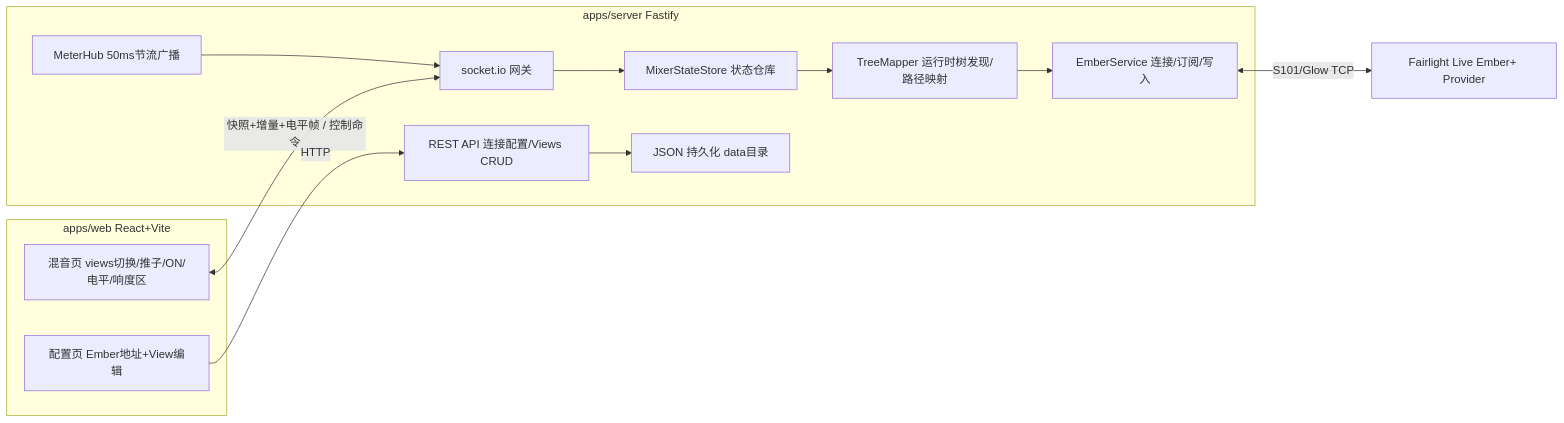
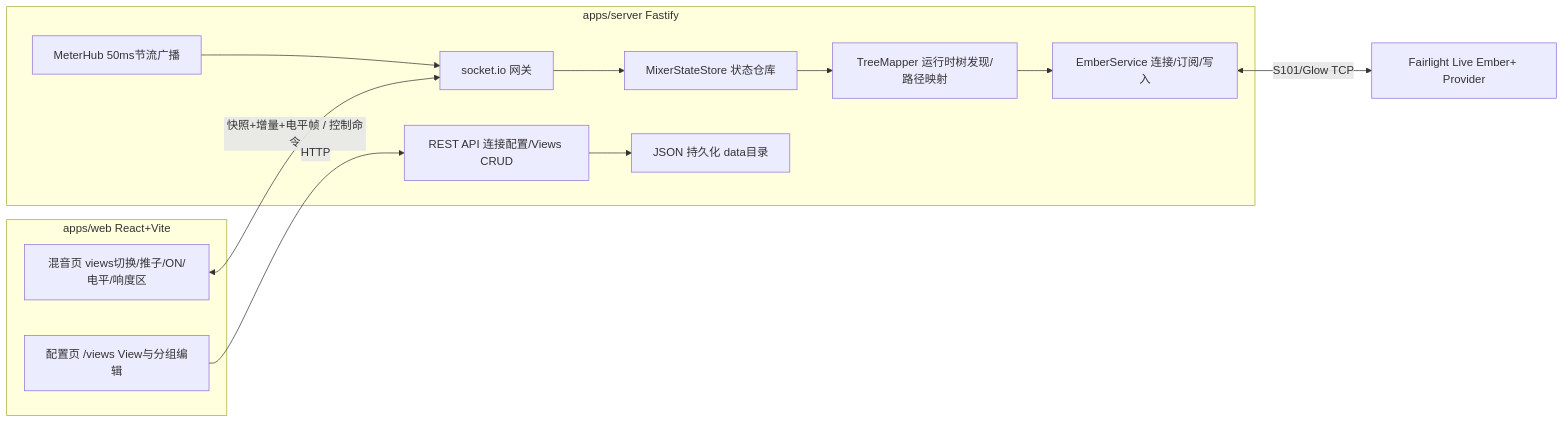
The diagram in docs/architecture.md (wuXinnnn/Fairlight-Live-Web-Controller), drawn with Mermaid before and after one commit. The commit also changed other lines of this file and 34 other files, not shown here.

````diff
--- a/docs/architecture.md
+++ b/docs/architecture.md
@@ -5,26 +5,26 @@
 ```mermaid
 flowchart LR
     subgraph web [apps/web React+Vite]
         MixerPage[混音页 views切换/推子/ON/电平/响度区]
-        SettingsPage[配置页 Ember地址+View编辑]
+        SettingsPage[配置页 /views View与分组编辑]
     end
     subgraph server [apps/server Fastify]
         REST[REST API 连接配置/Views CRUD]
         WSGW[socket.io 网关]
         Store[MixerStateStore 状态仓库]
         MeterHub[MeterHub 50ms节流广播]
         Mapper[TreeMapper 运行时树发现/路径映射]
         EmberSvc[EmberService 连接/订阅/写入]
         Persist[JSON 持久化 data目录]
     end
     FL[Fairlight Live Ember+ Provider]
 
     MixerPage <-->|"快照+增量+电平帧 / 控制命令"| WSGW
     SettingsPage -->|HTTP| REST
     WSGW --> Store
     REST --> Persist
     Store --> Mapper
     Mapper --> EmberSvc
     MeterHub --> WSGW
     EmberSvc <-->|"S101/Glow TCP"| FL
 ```
````
